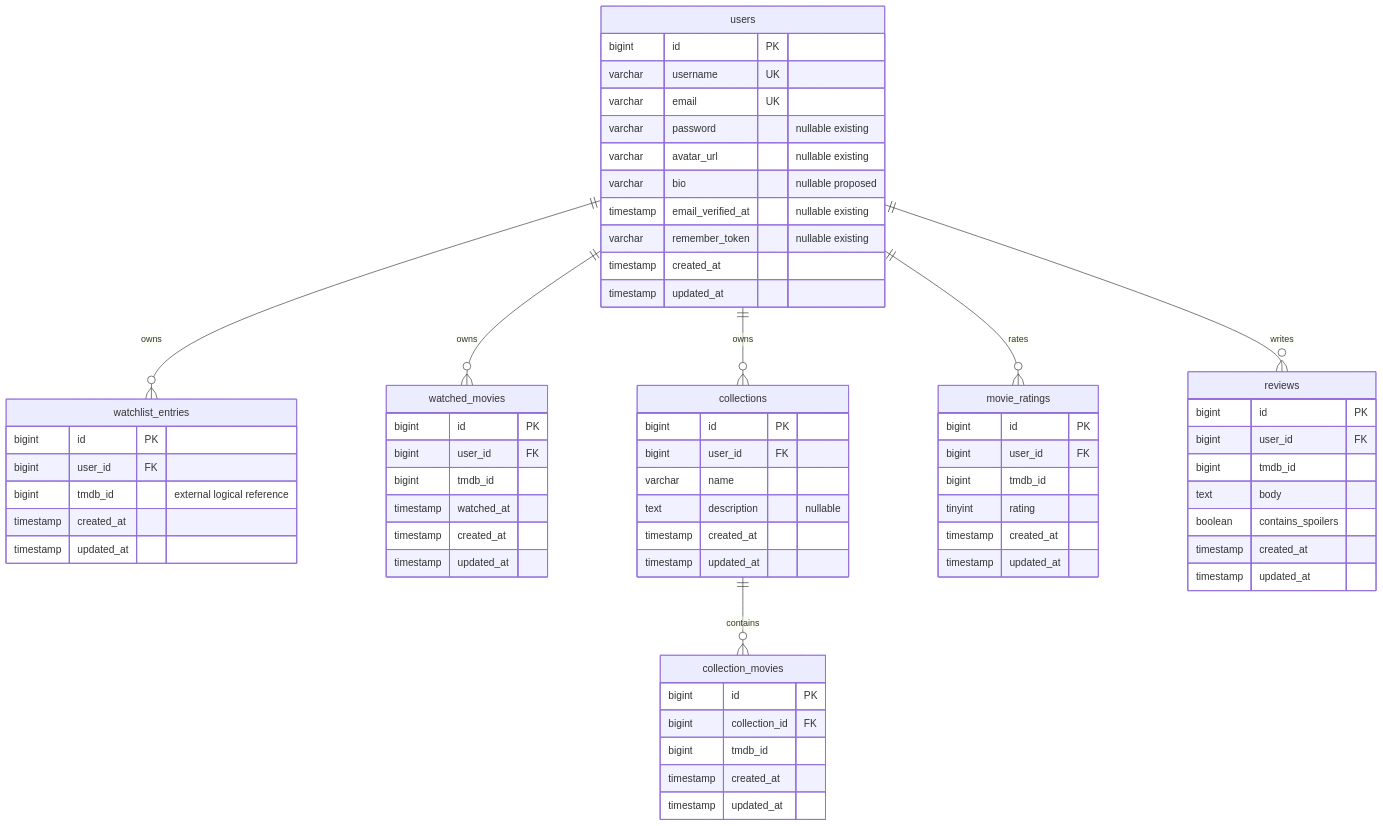
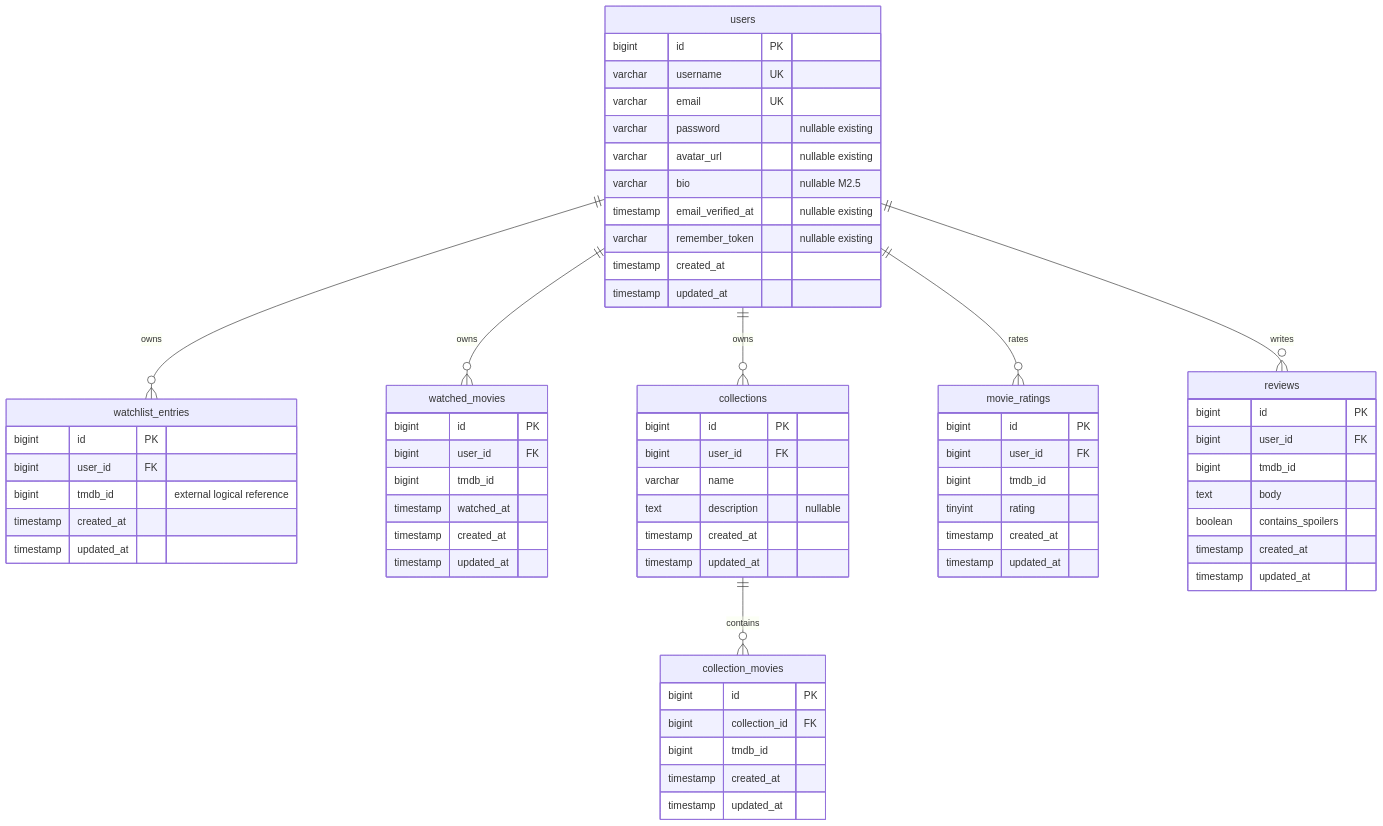
One commit to hsn-bachir/VYBE changed the diagram in docs/database/milestone-2-schema.md. Above: the diagram before and after it, drawn with Mermaid. The commit also changed other lines of this file and 54 other files, not shown here.

````diff
--- a/docs/database/milestone-2-schema.md
+++ b/docs/database/milestone-2-schema.md
@@ -42,68 +42,68 @@
 ```mermaid
 erDiagram
     users ||--o{ watchlist_entries : owns
     users ||--o{ watched_movies : owns
     users ||--o{ collections : owns
     collections ||--o{ collection_movies : contains
     users ||--o{ movie_ratings : rates
     users ||--o{ reviews : writes
     users {
         bigint id PK
         varchar username UK
         varchar email UK
         varchar password "nullable existing"
         varchar avatar_url "nullable existing"
-        varchar bio "nullable proposed"
+        varchar bio "nullable M2.5"
         timestamp email_verified_at "nullable existing"
         varchar remember_token "nullable existing"
         timestamp created_at
         timestamp updated_at
     }
     watchlist_entries {
         bigint id PK
         bigint user_id FK
         bigint tmdb_id "external logical reference"
         timestamp created_at
         timestamp updated_at
     }
     watched_movies {
         bigint id PK
         bigint user_id FK
         bigint tmdb_id
         timestamp watched_at
         timestamp created_at
         timestamp updated_at
     }
     collections {
         bigint id PK
         bigint user_id FK
         varchar name
         text description "nullable"
         timestamp created_at
         timestamp updated_at
     }
     collection_movies {
         bigint id PK
         bigint collection_id FK
         bigint tmdb_id
         timestamp created_at
         timestamp updated_at
     }
     movie_ratings {
         bigint id PK
         bigint user_id FK
         bigint tmdb_id
         tinyint rating
         timestamp created_at
         timestamp updated_at
     }
     reviews {
         bigint id PK
         bigint user_id FK
         bigint tmdb_id
         text body
         boolean contains_spoilers
         timestamp created_at
         timestamp updated_at
     }
 ```
````
